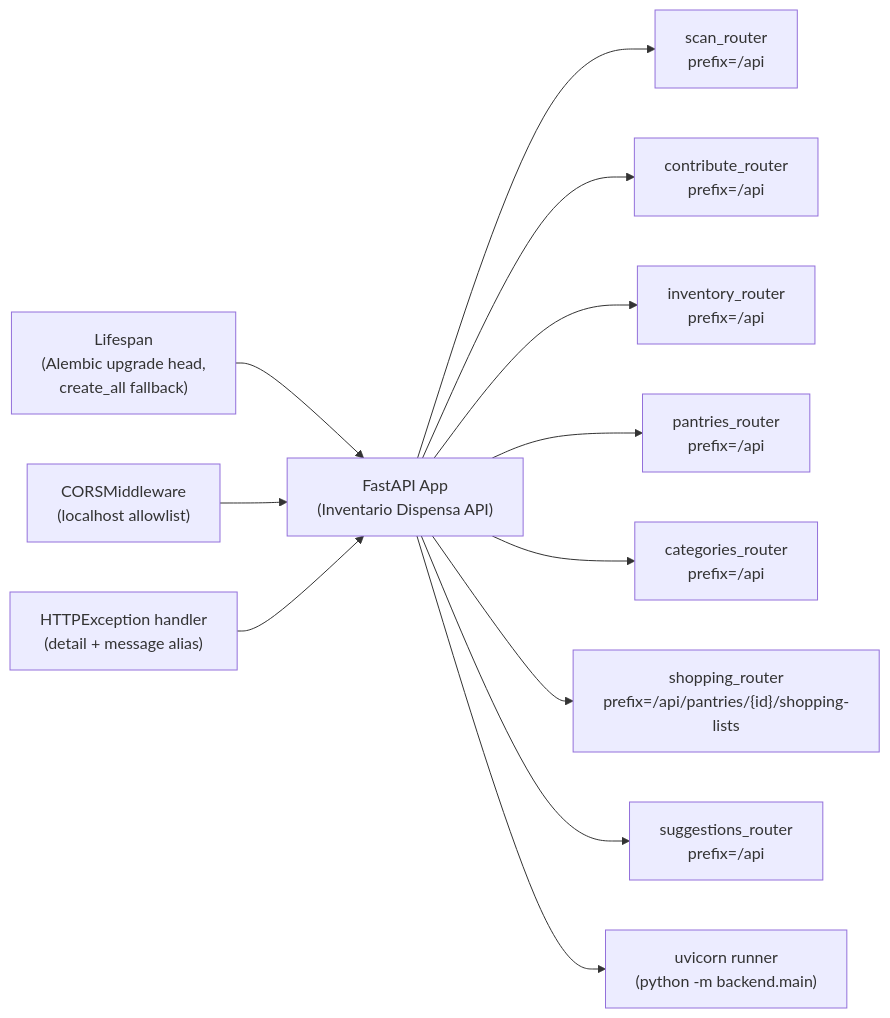
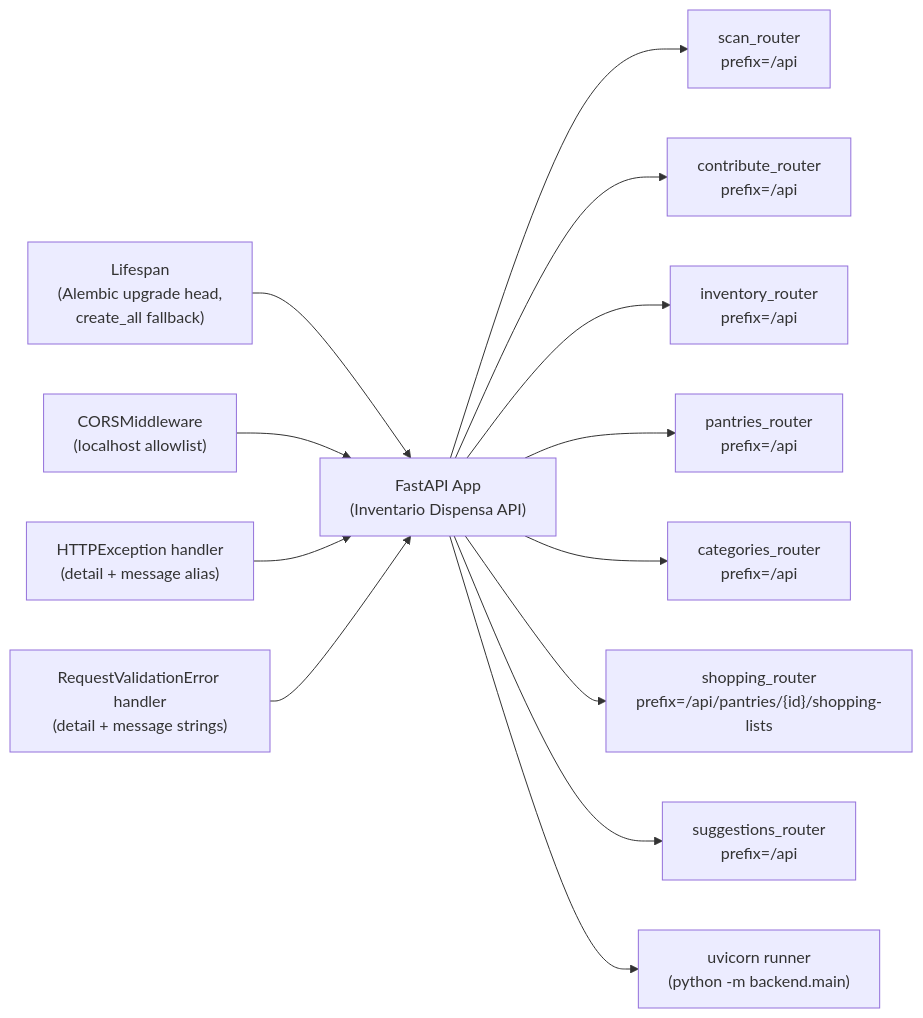
Before and after one commit to lorecanc/dispensapp: the diagram in wiki/modules/backend-api.md, drawn with Mermaid. The commit also changed other lines of this file and 56 other files, not shown here.

````diff
--- a/wiki/modules/backend-api.md
+++ b/wiki/modules/backend-api.md
@@ -27,26 +27,28 @@
 ```mermaid
 graph LR
     App["FastAPI App<br/>(Inventario Dispensa API)"]
     LS["Lifespan<br/>(Alembic upgrade head,<br/>create_all fallback)"]
     CORS["CORSMiddleware<br/>(localhost allowlist)"]
     ERR["HTTPException handler<br/>(detail + message alias)"]
+    VAL["RequestValidationError handler<br/>(detail + message strings)"]
     Scan["scan_router<br/>prefix=/api"]
     Contrib["contribute_router<br/>prefix=/api"]
     Inventory["inventory_router<br/>prefix=/api"]
     Pantries["pantries_router<br/>prefix=/api"]
     Categ["categories_router<br/>prefix=/api"]
     Shop["shopping_router<br/>prefix=/api/pantries/{id}/shopping-lists"]
     Sugg["suggestions_router<br/>prefix=/api"]
 
     LS --> App
     CORS --> App
     ERR --> App
+    VAL --> App
     App --> Scan
     App --> Contrib
     App --> Inventory
     App --> Pantries
     App --> Categ
     App --> Shop
     App --> Sugg
     App --> Uvicorn["uvicorn runner<br/>(python -m backend.main)"]
 ```
````
